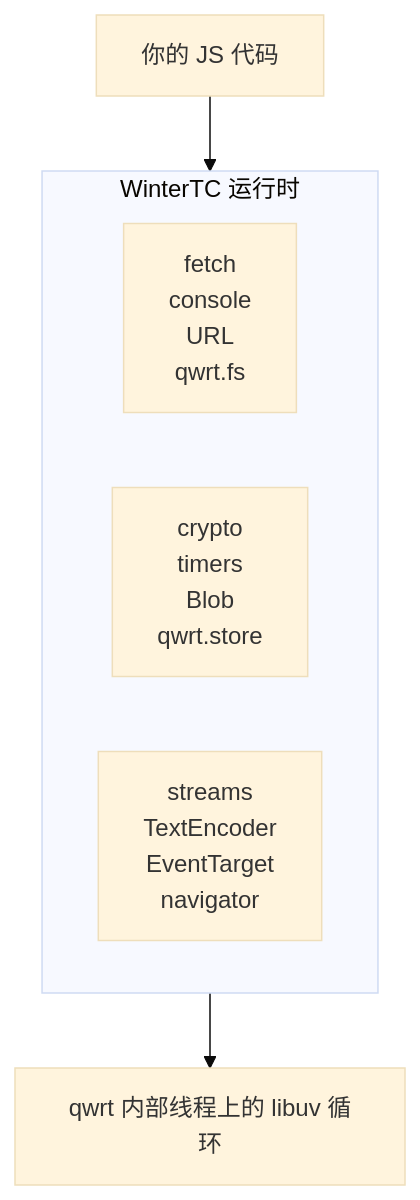
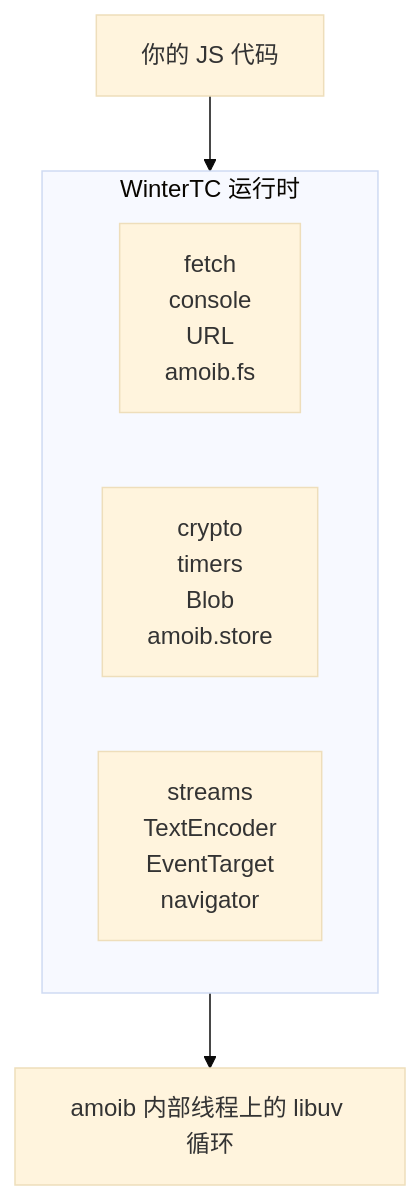
The diagram in docs/zh/js-api/index.md (adam-ikari/qwrt), drawn with Mermaid (base theme) before and after one commit. The commit also changed other lines of this file and 357 other files, not shown here.

First line of the commit message:
chore: 项目改名为 amoib（Amoib.js）—— API 前缀 qwrt_→am_，宏 QWRT_→AM_

````diff
--- a/docs/zh/js-api/index.md
+++ b/docs/zh/js-api/index.md
@@ -12,11 +12,11 @@
 ```mermaid
 flowchart TB
     A["你的 JS 代码"] --> B
     subgraph B["WinterTC 运行时"]
         direction LR
-        C["fetch<br/>console<br/>URL<br/>qwrt.fs"]
-        D["crypto<br/>timers<br/>Blob<br/>qwrt.store"]
+        C["fetch<br/>console<br/>URL<br/>amoib.fs"]
+        D["crypto<br/>timers<br/>Blob<br/>amoib.store"]
         E["streams<br/>TextEncoder<br/>EventTarget<br/>navigator"]
     end
-    B --> G["qwrt 内部线程上的 libuv 循环"]
+    B --> G["amoib 内部线程上的 libuv 循环"]
 ```
````
